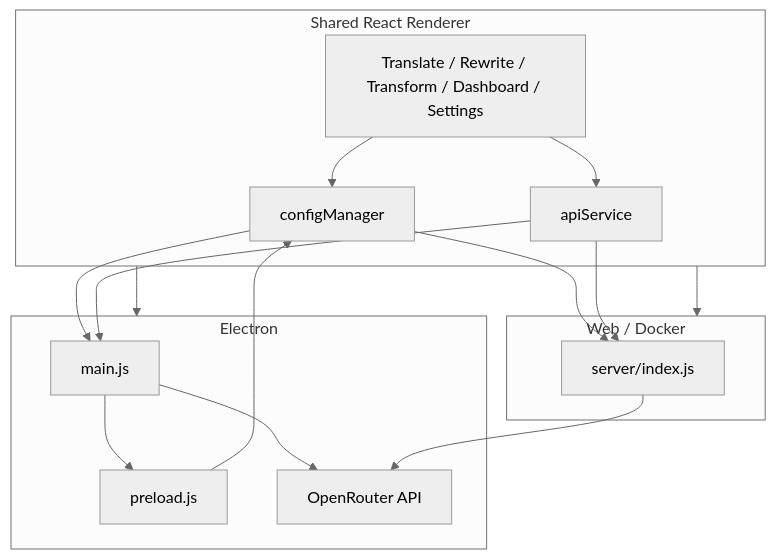
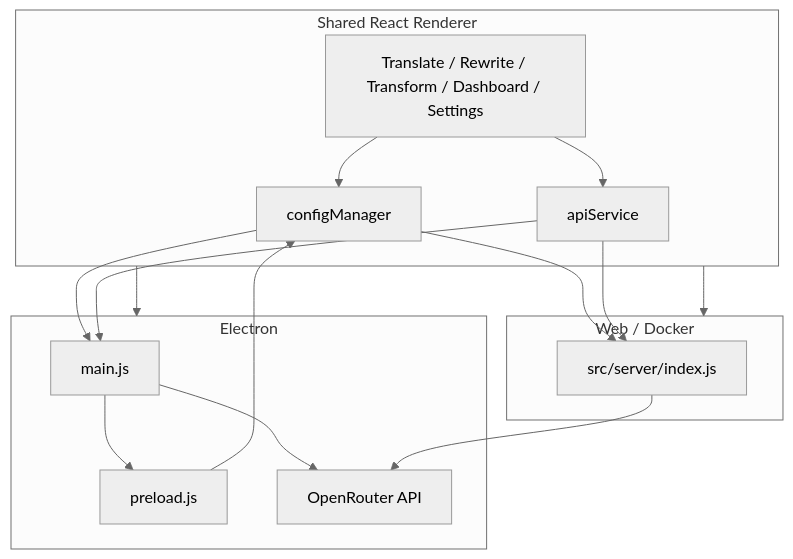
Before and after one commit to wsj-br/transrewrt: the diagram in dev/SYSTEM-OVERVIEW.md, drawn with Mermaid (neutral theme). The commit also changed other lines of this file and 86 other files, not shown here.

````diff
--- a/dev/SYSTEM-OVERVIEW.md
+++ b/dev/SYSTEM-OVERVIEW.md
@@ -33,30 +33,30 @@
 ```mermaid
 flowchart TB
   subgraph renderer [Shared React Renderer]
     UI[Translate / Rewrite / Transform / Dashboard / Settings]
     ConfigMgr[configManager]
     ApiSvc[apiService]
     UI --> ConfigMgr
     UI --> ApiSvc
   end
 
   subgraph electron [Electron]
     Main[main.js]
     Preload[preload.js]
     Main --> Preload
     Preload --> ConfigMgr
     ConfigMgr --> Main
     ApiSvc --> Main
     Main --> OpenRouter[OpenRouter API]
   end
 
   subgraph web [Web / Docker]
-    Server[server/index.js]
+    Server[src/server/index.js]
     ConfigMgr --> Server
     ApiSvc --> Server
     Server --> OpenRouter
   end
 
   renderer --> electron
   renderer --> web
 ```
````
